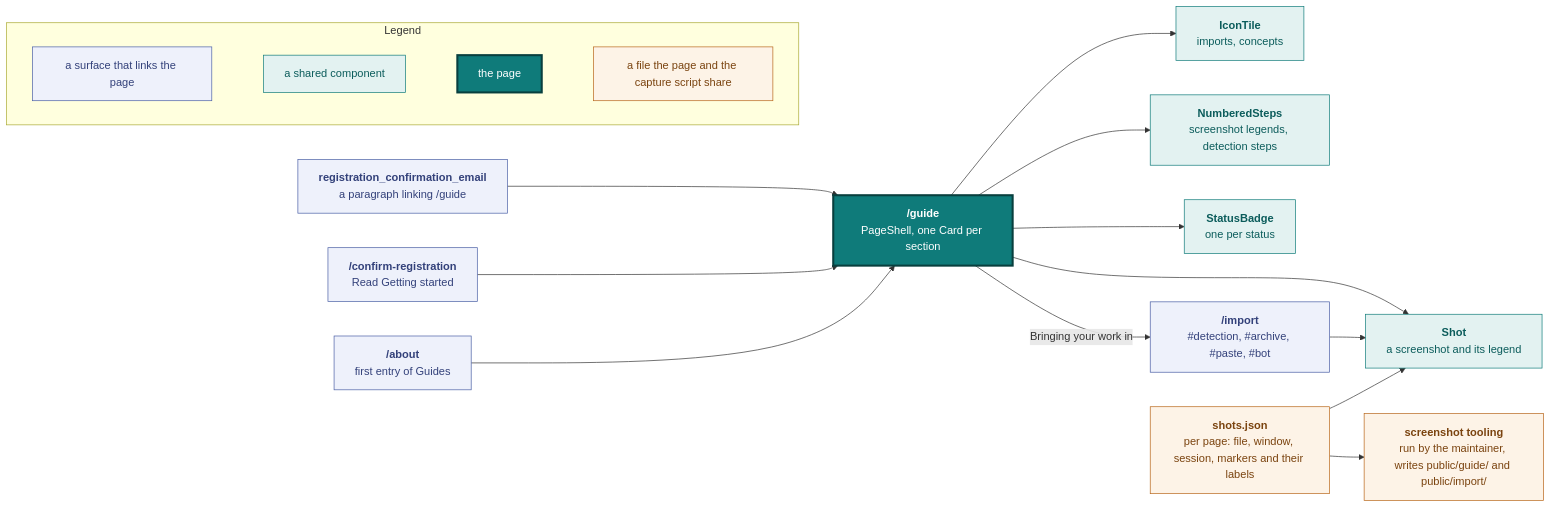
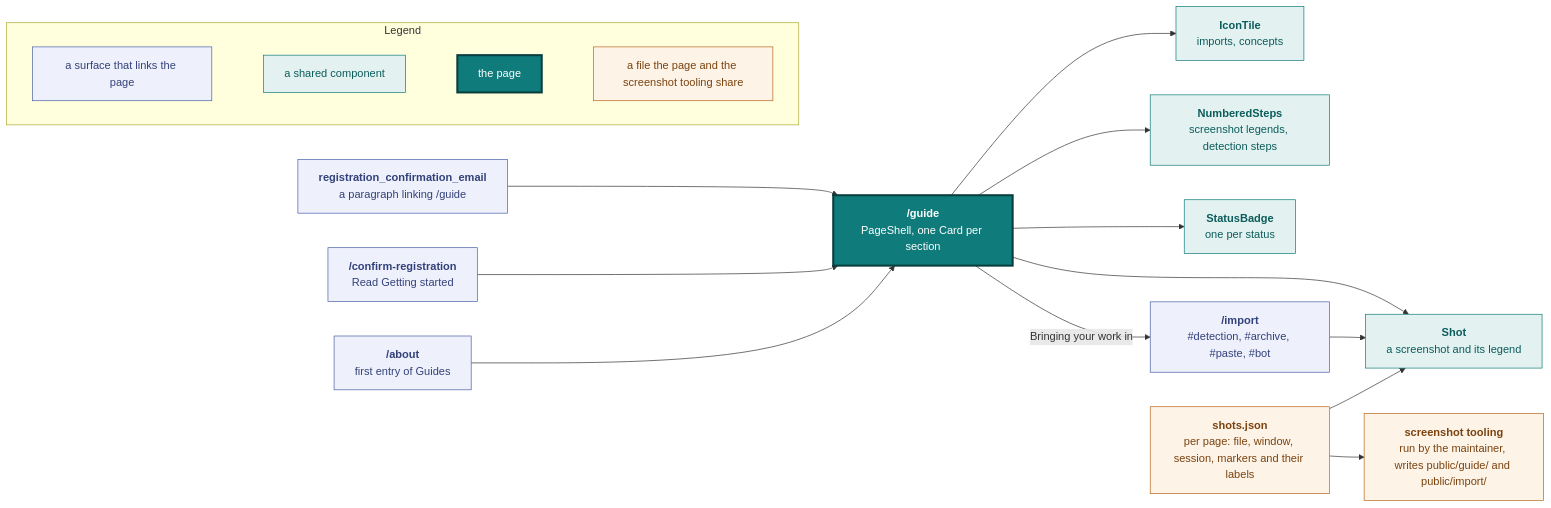
Before and after one commit to vidithq/vidit: the third of 12 diagrams in docs/design.md, drawn with Mermaid. The commit also changed 13 other files, not shown here.

````diff
--- a/docs/design.md
+++ b/docs/design.md
@@ -364,51 +364,51 @@
 ```mermaid
 flowchart LR
   classDef spec fill:#eef1fb,stroke:#4a5fa5,color:#33417a
   classDef shared fill:#e3f2f1,stroke:#0f7b7a,color:#0b5c5b
   classDef core fill:#0f7b7a,stroke:#083f3e,stroke-width:3px,color:#ffffff
   classDef data fill:#fdf3e7,stroke:#b8661a,color:#7a430f
 
   subgraph legend [Legend]
     direction LR
     l1["`a surface that links the page`"]:::spec
     l2["`a shared component`"]:::shared
     l3["`the page`"]:::core
-    l4["`a file the page and the capture script share`"]:::data
+    l4["`a file the page and the screenshot tooling share`"]:::data
     l1 ~~~ l2 ~~~ l3 ~~~ l4
   end
 
   email["`**registration_confirmation_email**
   a paragraph linking /guide`"]:::spec
   confirm["`**/confirm-registration**
   Read Getting started`"]:::spec
   about["`**/about**
   first entry of Guides`"]:::spec
   page["`**/guide**
   PageShell, one Card per section`"]:::core
   tiles["`**IconTile**
   imports, concepts`"]:::shared
   steps["`**NumberedSteps**
   screenshot legends, detection steps`"]:::shared
   badge["`**StatusBadge**
   one per status`"]:::shared
   shot["`**Shot**
   a screenshot and its legend`"]:::shared
   shots["`**shots.json**
   per page: file, window, session, markers and their labels`"]:::data
   script["`**screenshot tooling**
   run by the maintainer, writes public/guide/ and public/import/`"]:::data
   imp["`**/import**
   #detection, #archive, #paste, #bot`"]:::spec
 
   email --> page
   confirm --> page
   about --> page
   page --> tiles
   page --> steps
   page --> badge
   page --> shot
   imp --> shot
   shots --> shot
   shots --> script
   page -->|"Bringing your work in"| imp
 ```
````
